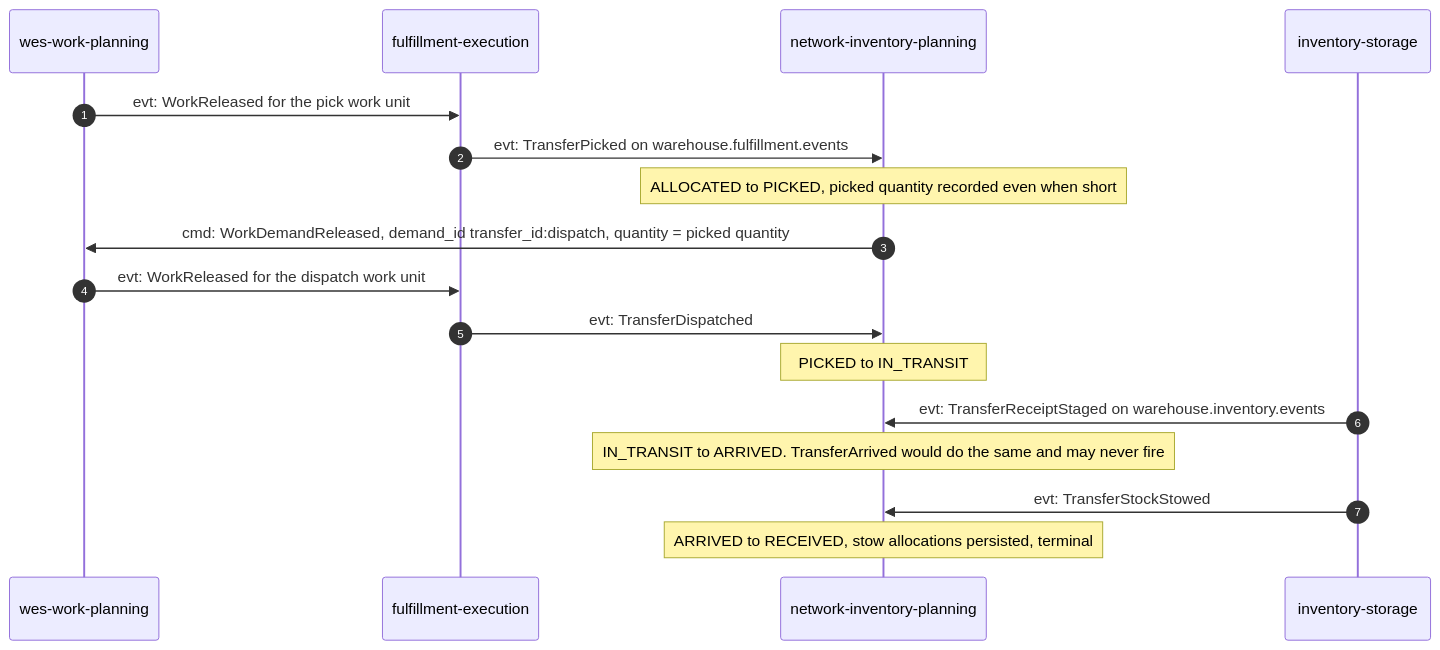
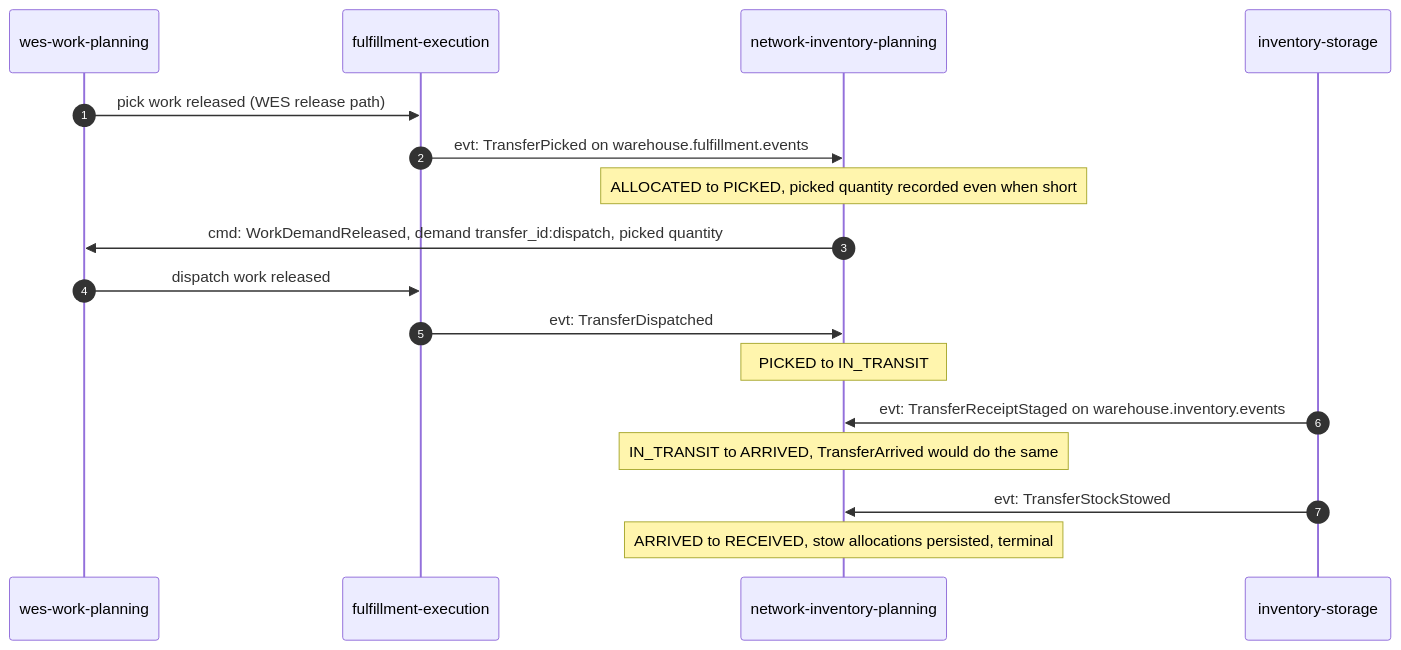
The second of 4 diagrams in docs/contexts/network-inventory-planning/domain-message-flow.md (IQVO/warehouse-docs), drawn with Mermaid before and after one commit. The commit also changed other lines of this file and 115 other files, not shown here.

````diff
--- a/docs/contexts/network-inventory-planning/domain-message-flow.md
+++ b/docs/contexts/network-inventory-planning/domain-message-flow.md
@@ -66,19 +54,19 @@
 ```mermaid
 sequenceDiagram
   autonumber
   participant WP as wes-work-planning
   participant FE as fulfillment-execution
   participant NIP as network-inventory-planning
   participant INV as inventory-storage
-  WP->>FE: evt: WorkReleased for the pick work unit
+  WP->>FE: pick work released (WES release path)
   FE->>NIP: evt: TransferPicked on warehouse.fulfillment.events
   Note over NIP: ALLOCATED to PICKED, picked quantity recorded even when short
-  NIP->>WP: cmd: WorkDemandReleased, demand_id transfer_id:dispatch, quantity = picked quantity
-  WP->>FE: evt: WorkReleased for the dispatch work unit
+  NIP->>WP: cmd: WorkDemandReleased, demand transfer_id:dispatch, picked quantity
+  WP->>FE: dispatch work released
   FE->>NIP: evt: TransferDispatched
   Note over NIP: PICKED to IN_TRANSIT
   INV->>NIP: evt: TransferReceiptStaged on warehouse.inventory.events
-  Note over NIP: IN_TRANSIT to ARRIVED. TransferArrived would do the same and may never fire
+  Note over NIP: IN_TRANSIT to ARRIVED, TransferArrived would do the same
   INV->>NIP: evt: TransferStockStowed
   Note over NIP: ARRIVED to RECEIVED, stow allocations persisted, terminal
 ```
````
